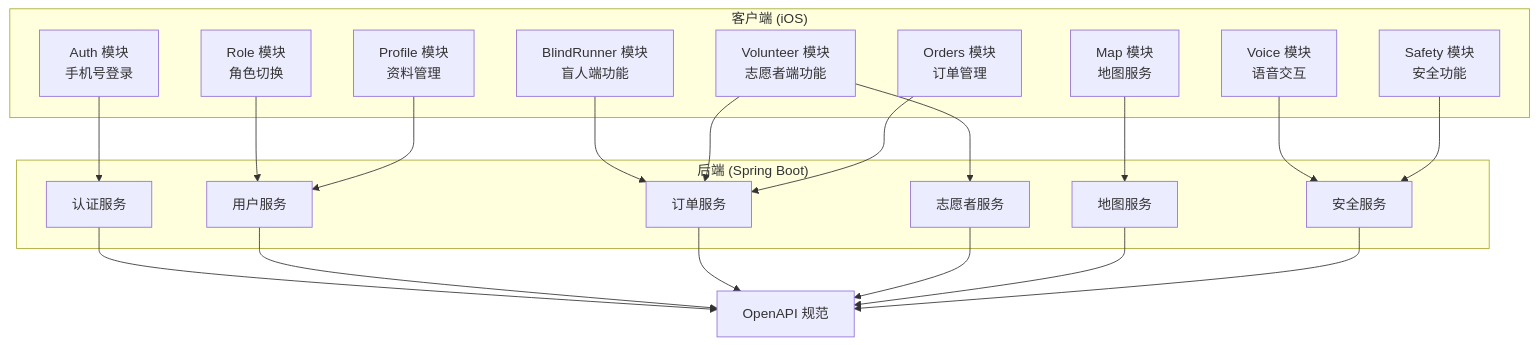
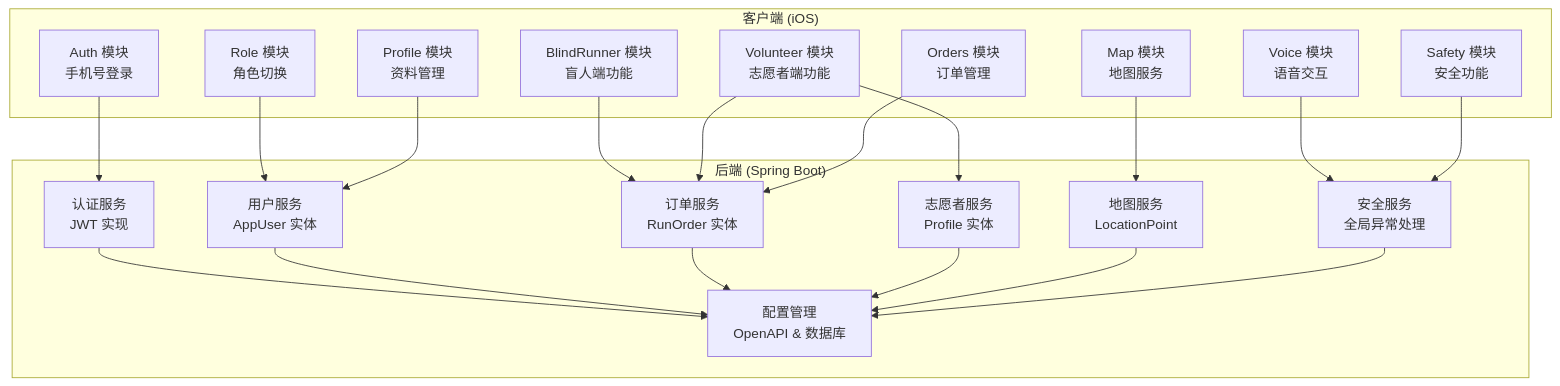
The first of 7 diagrams in .qoder/repowiki/zh/content/API 接口文档/API 接口文档.md (Jayden23018/blind-run-ios), drawn with Mermaid before and after one commit. The commit also changed other lines of this file and 7 other files, not shown here.

````diff
--- a/.qoder/repowiki/zh/content/API 接口文档/API 接口文档.md
+++ b/.qoder/repowiki/zh/content/API 接口文档/API 接口文档.md
@@ -34,38 +59,39 @@
 ```mermaid
 graph TB
 subgraph "客户端 (iOS)"
 A[Auth 模块<br/>手机号登录]
 B[Role 模块<br/>角色切换]
 C[BlindRunner 模块<br/>盲人端功能]
 D[Volunteer 模块<br/>志愿者端功能]
 E[Orders 模块<br/>订单管理]
 F[Map 模块<br/>地图服务]
 G[Voice 模块<br/>语音交互]
 H[Safety 模块<br/>安全功能]
 I[Profile 模块<br/>资料管理]
 end
 subgraph "后端 (Spring Boot)"
-J[认证服务]
-K[用户服务]
-L[订单服务]
-M[志愿者服务]
-N[地图服务]
-O[安全服务]
+J[认证服务<br/>JWT 实现]
+K[用户服务<br/>AppUser 实体]
+L[订单服务<br/>RunOrder 实体]
+M[志愿者服务<br/>Profile 实体]
+N[地图服务<br/>LocationPoint]
+O[安全服务<br/>全局异常处理]
+P[配置管理<br/>OpenAPI & 数据库]
 end
 A --> J
 B --> K
 C --> L
 D --> L
 D --> M
 E --> L
 F --> N
 G --> O
 H --> O
 I --> K
-J --> OAS[OpenAPI 规范]
-K --> OAS
-L --> OAS
-M --> OAS
-N --> OAS
-O --> OAS
+J --> P
+K --> P
+L --> P
+M --> P
+N --> P
+O --> P
 ```
````
